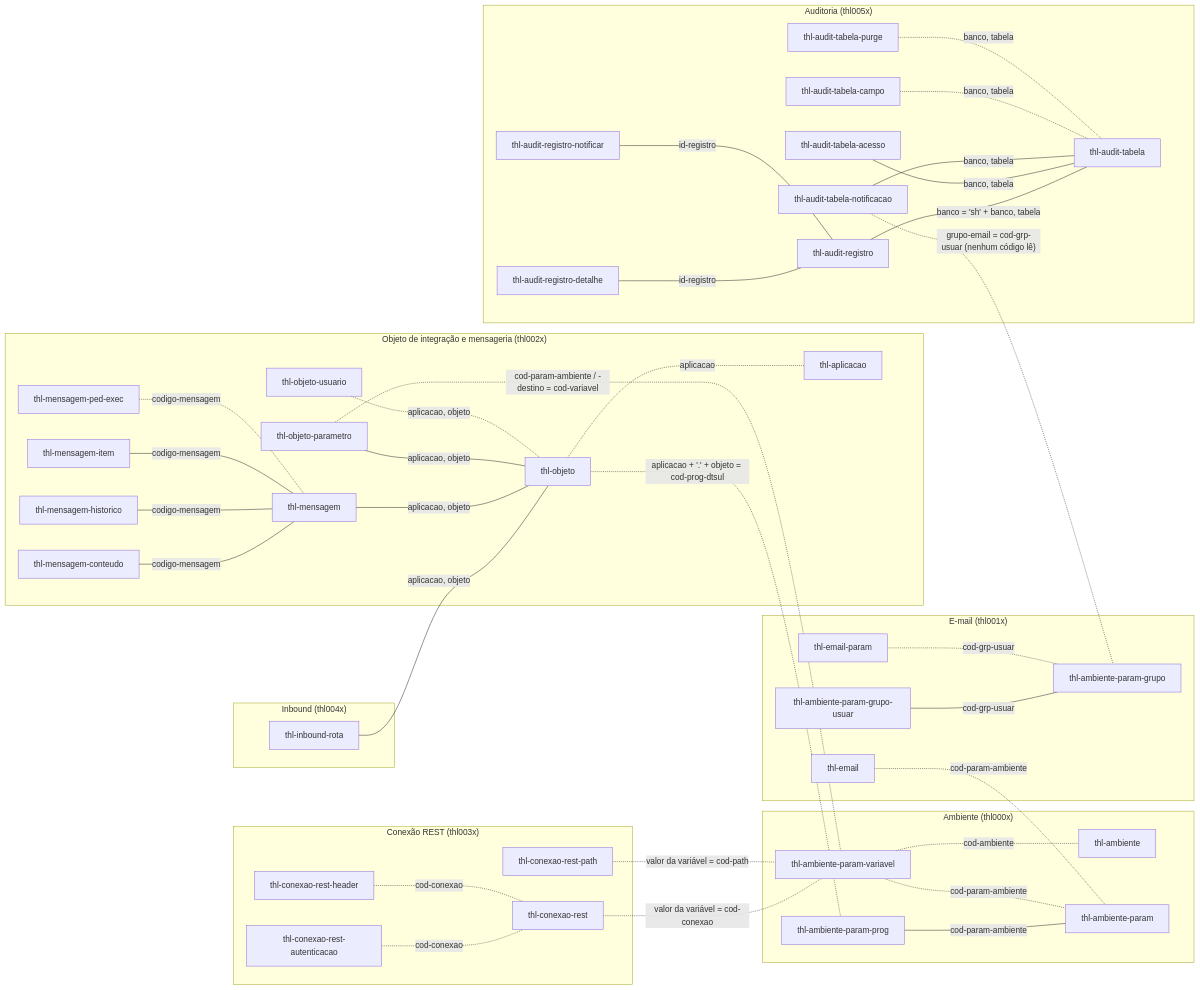
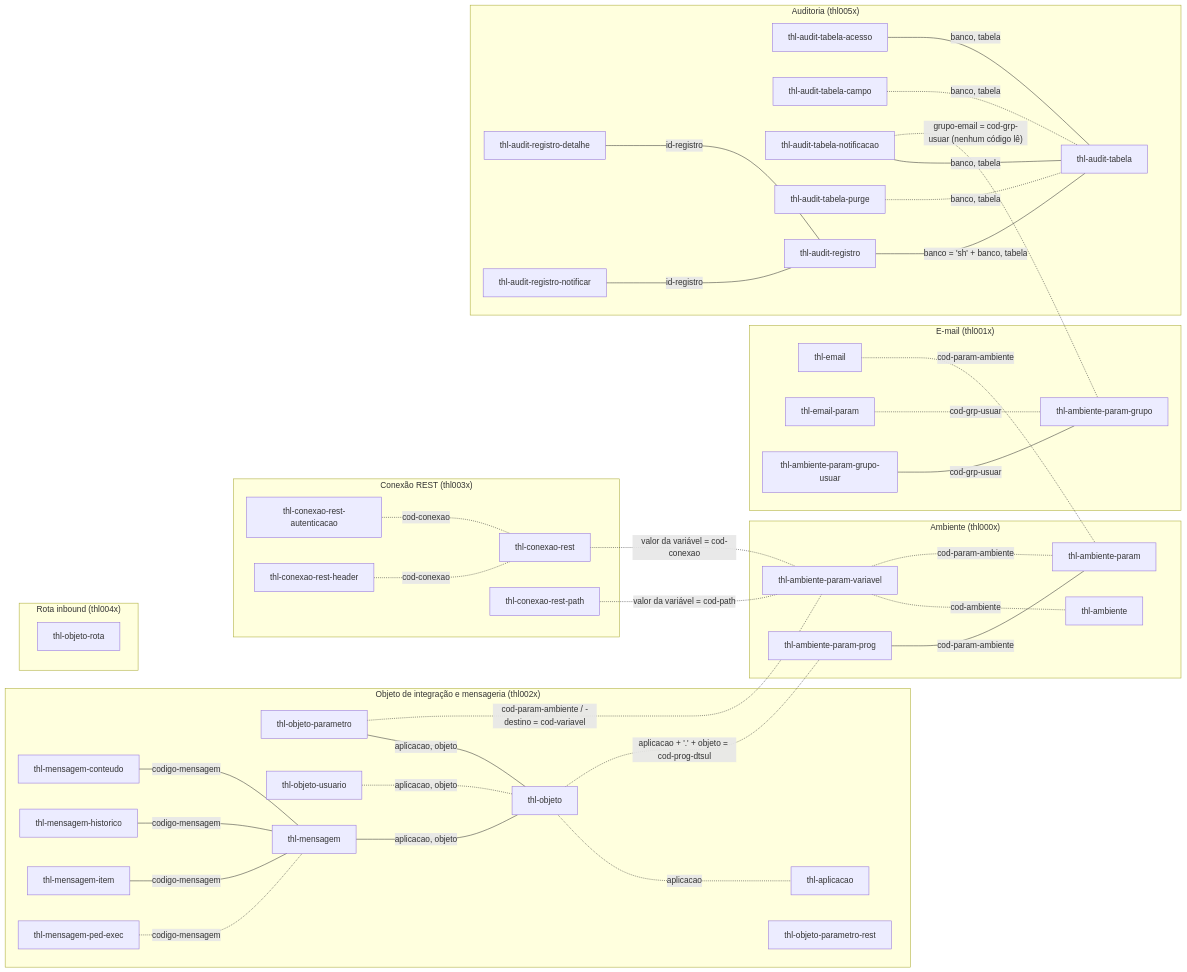
The diagram in Documentos/.claude/data/er-diagrama.md (thlopesr/thl-library), drawn with Mermaid before and after one commit. The commit also changed other lines of this file and 696 other files, not shown here.

````diff
--- a/Documentos/.claude/data/er-diagrama.md
+++ b/Documentos/.claude/data/er-diagrama.md
@@ -15,78 +23,78 @@
 ```mermaid
 flowchart LR
     subgraph amb["Ambiente (thl000x)"]
         ambiente["thl-ambiente"]
         ambiente_param["thl-ambiente-param"]
         ambiente_param_variavel["thl-ambiente-param-variavel"]
         ambiente_param_prog["thl-ambiente-param-prog"]
     end
     subgraph mail["E-mail (thl001x)"]
         email["thl-email"]
         email_param["thl-email-param"]
         ambiente_param_grupo["thl-ambiente-param-grupo"]
         ambiente_param_grupo_usuar["thl-ambiente-param-grupo-usuar"]
     end
     subgraph obj["Objeto de integração e mensageria (thl002x)"]
         aplicacao["thl-aplicacao"]
         objeto["thl-objeto"]
         objeto_parametro["thl-objeto-parametro"]
+        objeto_parametro_rest["thl-objeto-parametro-rest"]
         objeto_usuario["thl-objeto-usuario"]
         mensagem["thl-mensagem"]
         mensagem_conteudo["thl-mensagem-conteudo"]
         mensagem_historico["thl-mensagem-historico"]
         mensagem_item["thl-mensagem-item"]
         mensagem_ped_exec["thl-mensagem-ped-exec"]
     end
     subgraph rest["Conexão REST (thl003x)"]
         conexao_rest["thl-conexao-rest"]
         conexao_rest_path["thl-conexao-rest-path"]
         conexao_rest_autenticacao["thl-conexao-rest-autenticacao"]
         conexao_rest_header["thl-conexao-rest-header"]
     end
-    subgraph inb["Inbound (thl004x)"]
-        inbound_rota["thl-inbound-rota"]
+    subgraph inb["Rota inbound (thl004x)"]
+        objeto_rota["thl-objeto-rota"]
     end
     subgraph aud["Auditoria (thl005x)"]
         audit_tabela["thl-audit-tabela"]
         audit_tabela_acesso["thl-audit-tabela-acesso"]
         audit_tabela_campo["thl-audit-tabela-campo"]
         audit_tabela_notificacao["thl-audit-tabela-notificacao"]
         audit_tabela_purge["thl-audit-tabela-purge"]
         audit_registro["thl-audit-registro"]
         audit_registro_detalhe["thl-audit-registro-detalhe"]
         audit_registro_notificar["thl-audit-registro-notificar"]
     end
 
     %% contínua: índice fk-* no .df
     ambiente_param_grupo_usuar ---|"cod-grp-usuar"| ambiente_param_grupo
     ambiente_param_prog ---|"cod-param-ambiente"| ambiente_param
     audit_registro ---|"banco = 'sh' + banco, tabela"| audit_tabela
     audit_registro_detalhe ---|"id-registro"| audit_registro
     audit_registro_notificar ---|"id-registro"| audit_registro
     audit_tabela_acesso ---|"banco, tabela"| audit_tabela
     audit_tabela_notificacao ---|"banco, tabela"| audit_tabela
-    inbound_rota ---|"aplicacao, objeto"| objeto
     mensagem ---|"aplicacao, objeto"| objeto
     mensagem_conteudo ---|"codigo-mensagem"| mensagem
     mensagem_historico ---|"codigo-mensagem"| mensagem
     mensagem_item ---|"codigo-mensagem"| mensagem
     objeto_parametro ---|"aplicacao, objeto"| objeto
 
     %% tracejada: sem índice (código ou valor)
     ambiente_param_variavel -.-|"cod-ambiente"| ambiente
     ambiente_param_variavel -.-|"cod-param-ambiente"| ambiente_param
     email -.-|"cod-param-ambiente"| ambiente_param
     email_param -.-|"cod-grp-usuar"| ambiente_param_grupo
     audit_tabela_notificacao -.-|"grupo-email = cod-grp-usuar (nenhum código lê)"| ambiente_param_grupo
     objeto -.-|"aplicacao"| aplicacao
     objeto_usuario -.-|"aplicacao, objeto"| objeto
     objeto -.-|"aplicacao + '.' + objeto = cod-prog-dtsul"| ambiente_param_prog
     objeto_parametro -.-|"cod-param-ambiente / -destino = cod-variavel"| ambiente_param_variavel
     mensagem_ped_exec -.-|"codigo-mensagem"| mensagem
     conexao_rest_autenticacao -.-|"cod-conexao"| conexao_rest
     conexao_rest_header -.-|"cod-conexao"| conexao_rest
     conexao_rest -.-|"valor da variável = cod-conexao"| ambiente_param_variavel
     conexao_rest_path -.-|"valor da variável = cod-path"| ambiente_param_variavel
     audit_tabela_campo -.-|"banco, tabela"| audit_tabela
     audit_tabela_purge -.-|"banco, tabela"| audit_tabela
 ```
````
